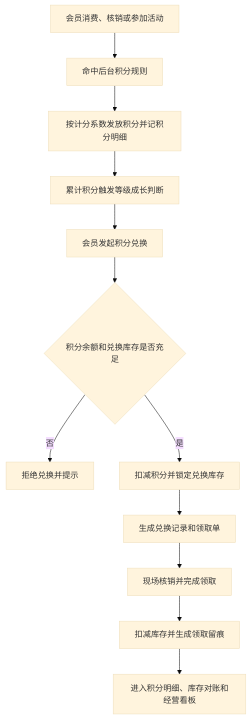
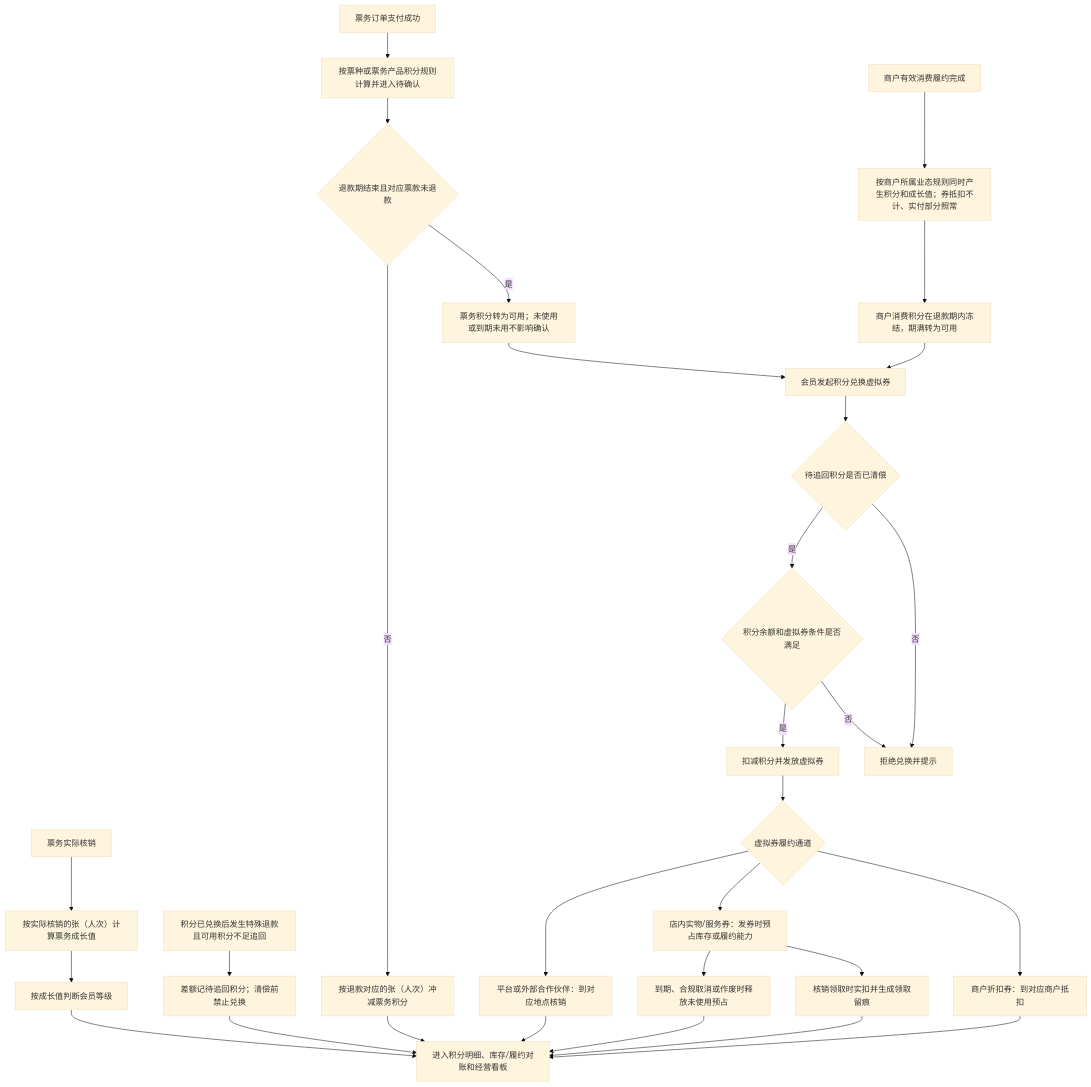
One commit to jxh1979/mall changed diagram 12 of 12 in docs/business-operations-layer-spec-v0.2.md. Above: the diagram before and after it, drawn with Mermaid (base theme). The commit also changed other lines of this file and 11 other files, not shown here.

Commit message:
docs: 收口 M02 业务分层与总图文档出处对齐

````diff
--- a/docs/business-operations-layer-spec-v0.2.md
+++ b/docs/business-operations-layer-spec-v0.2.md
@@ -1367,14 +1400,34 @@
 ```mermaid
 flowchart TD
-  A["会员消费、核销或参加活动"] --> B["命中后台积分规则"]
-  B --> C["按计分系数发放积分并记积分明细"]
-  C --> D["累计积分触发等级成长判断"]
-  D --> E["会员发起积分兑换"]
-  E --> F{"积分余额和兑换库存是否充足"}
-  F -- 否 --> G["拒绝兑换并提示"]
-  F -- 是 --> H["扣减积分并锁定兑换库存"]
-  H --> I["生成兑换记录和领取单"]
-  I --> J["现场核销并完成领取"]
-  J --> K["扣减库存并生成领取留痕"]
-  K --> L["进入积分明细、库存对账和经营看板"]
+  TA["票务订单支付成功"] --> TB["按票种或票务产品积分规则计算并进入待确认"]
+  TB --> TC{"退款期结束且对应票款未退款"}
+  TC -- 是 --> TD["票务积分转为可用；未使用或到期未用不影响确认"]
+  TC -- 否 --> TX["按退款对应的张（人次）冲减票务积分"]
+  TU["票务实际核销"] --> TV["按实际核销的张（人次）计算票务成长值"]
+  TV --> TW["按成长值判断会员等级"]
+
+  MA["商户有效消费履约完成"] --> MB["按商户所属业态规则同时产生积分和成长值；券抵扣不计、实付部分照常"]
+  MB --> MC["商户消费积分在退款期内冻结，期满转为可用"]
+
+  PR["积分已兑换后发生特殊退款且可用积分不足追回"] --> PD["差额记待追回积分；清偿前禁止兑换"]
+  TD --> E["会员发起积分兑换虚拟券"]
+  MC --> E
+  E --> P{"待追回积分是否已清偿"}
+  P -- 否 --> G["拒绝兑换并提示"]
+  P -- 是 --> F{"积分余额和虚拟券条件是否满足"}
+  F -- 否 --> G
+  F -- 是 --> H["扣减积分并发放虚拟券"]
+  H --> I{"虚拟券履约通道"}
+  I --> I1["商户折扣券：到对应商户抵扣"]
+  I --> I2["店内实物/服务券：发券时预占库存或履约能力"]
+  I --> I3["平台或外部合作伙伴：到对应地点核销"]
+  I2 --> J["核销领取时实扣并生成领取留痕"]
+  I2 --> K["到期、合规取消或作废时释放未使用预占"]
+  I1 --> L["进入积分明细、库存/履约对账和经营看板"]
+  I3 --> L
+  J --> L
+  K --> L
+  TX --> L
+  TW --> L
+  PD --> L
 ```
````
